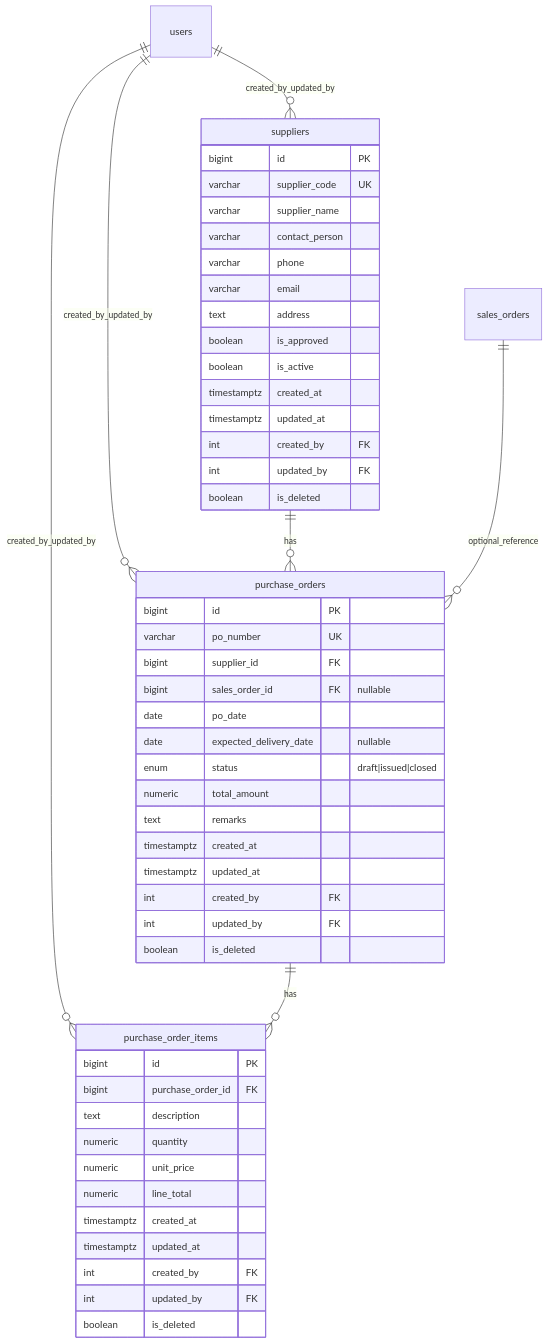
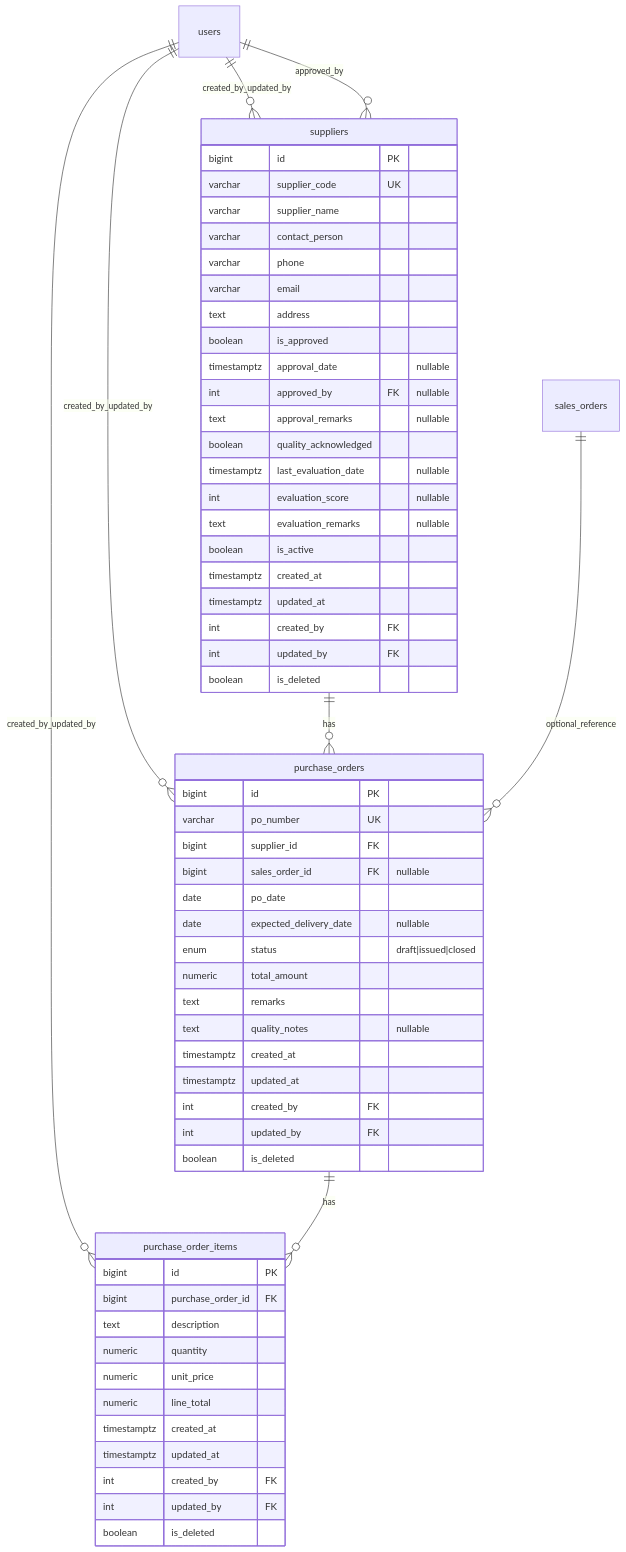
The diagram in docs/er-diagrams/purchase-erd.md (pruthvirajsourcecode925/ERP_Project), drawn with Mermaid before and after one commit. The commit also changed other lines of this file and 5 other files, not shown here.

````diff
--- a/docs/er-diagrams/purchase-erd.md
+++ b/docs/er-diagrams/purchase-erd.md
@@ -7,59 +7,68 @@
 ```mermaid
 erDiagram
     users ||--o{ suppliers : created_by_updated_by
+    users ||--o{ suppliers : approved_by
     users ||--o{ purchase_orders : created_by_updated_by
     users ||--o{ purchase_order_items : created_by_updated_by
 
     suppliers ||--o{ purchase_orders : has
     purchase_orders ||--o{ purchase_order_items : has
 
     sales_orders ||--o{ purchase_orders : optional_reference
 
     suppliers {
         bigint id PK
         varchar supplier_code UK
         varchar supplier_name
         varchar contact_person
         varchar phone
         varchar email
         text address
         boolean is_approved
+        timestamptz approval_date "nullable"
+        int approved_by FK "nullable"
+        text approval_remarks "nullable"
+        boolean quality_acknowledged
+        timestamptz last_evaluation_date "nullable"
+        int evaluation_score "nullable"
+        text evaluation_remarks "nullable"
         boolean is_active
         timestamptz created_at
         timestamptz updated_at
         int created_by FK
         int updated_by FK
         boolean is_deleted
     }
 
     purchase_orders {
         bigint id PK
         varchar po_number UK
         bigint supplier_id FK
         bigint sales_order_id FK "nullable"
         date po_date
         date expected_delivery_date "nullable"
         enum status "draft|issued|closed"
         numeric total_amount
         text remarks
+        text quality_notes "nullable"
         timestamptz created_at
         timestamptz updated_at
         int created_by FK
         int updated_by FK
         boolean is_deleted
     }
 
     purchase_order_items {
         bigint id PK
         bigint purchase_order_id FK
         text description
         numeric quantity
         numeric unit_price
         numeric line_total
         timestamptz created_at
         timestamptz updated_at
         int created_by FK
         int updated_by FK
         boolean is_deleted
     }
 ```
````
